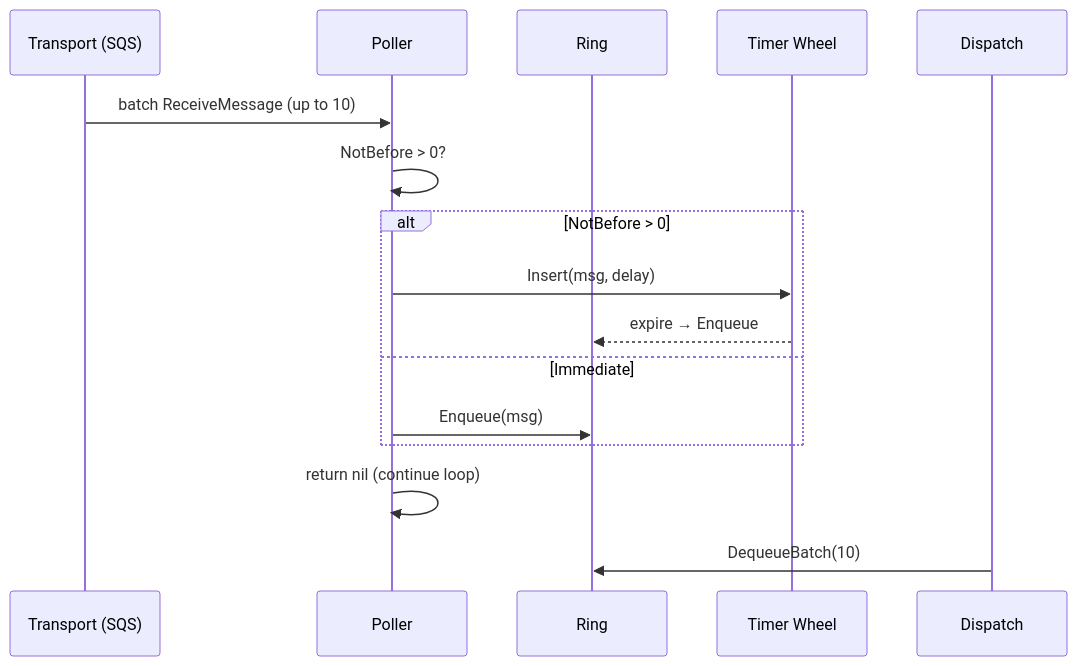
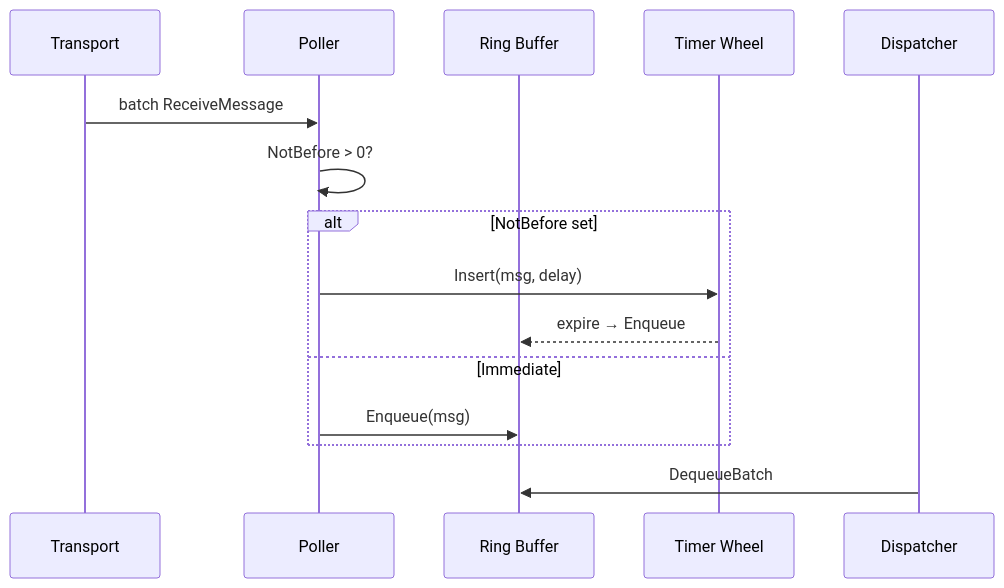
One commit to vianhanif/go-task-orbit changed the second of 4 diagrams in docs/architecture.md. Above: the diagram before and after it, drawn with Mermaid. The commit also changed other lines of this file and 1 other file, not shown here.

First line of the commit message:
docs: use Mermaid code blocks in architecture.md + dark SVG reference

````diff
--- a/docs/architecture.md
+++ b/docs/architecture.md
@@ -22,19 +24,17 @@
 ```mermaid
 sequenceDiagram
-    participant SQS as Transport (SQS)
-    participant Poller
-    participant Ring
-    participant Timer as Timer Wheel
-    participant Dispatch
-
-    SQS->>Poller: batch ReceiveMessage (up to 10)
-    Poller->>Poller: NotBefore > 0?
-    alt NotBefore > 0
-        Poller->>Timer: Insert(msg, delay)
-        Timer-->>Ring: expire → Enqueue
+    participant T as Transport
+    participant P as Poller
+    participant R as Ring Buffer
+    participant TW as Timer Wheel
+    participant D as Dispatcher
+    T->>P: batch ReceiveMessage
+    P->>P: NotBefore > 0?
+    alt NotBefore set
+        P->>TW: Insert(msg, delay)
+        TW-->>R: expire → Enqueue
     else Immediate
-        Poller->>Ring: Enqueue(msg)
+        P->>R: Enqueue(msg)
     end
-    Poller->>Poller: return nil (continue loop)
-    Dispatch->>Ring: DequeueBatch(10)
+    D->>R: DequeueBatch
 ```
````
